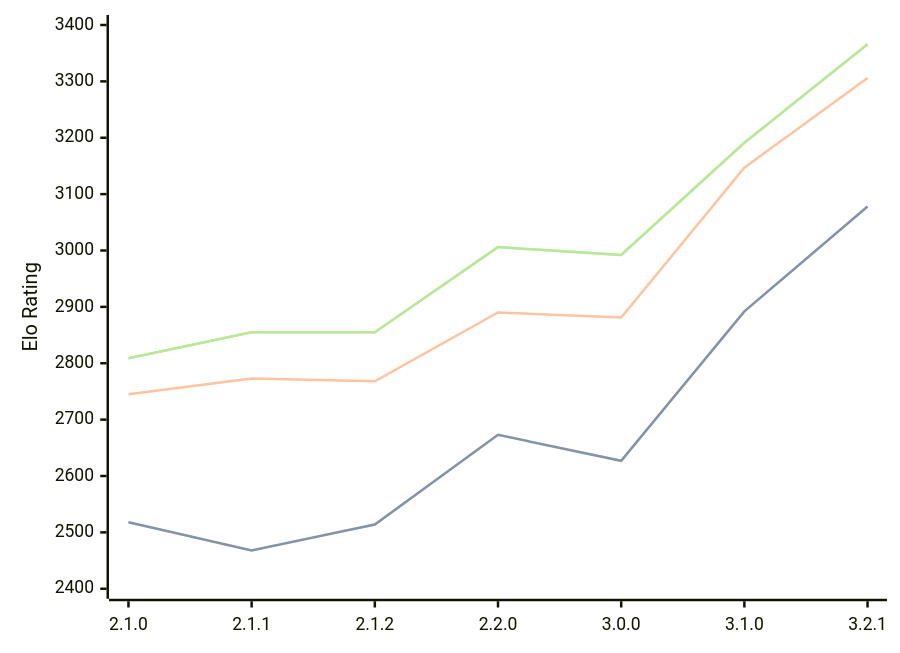
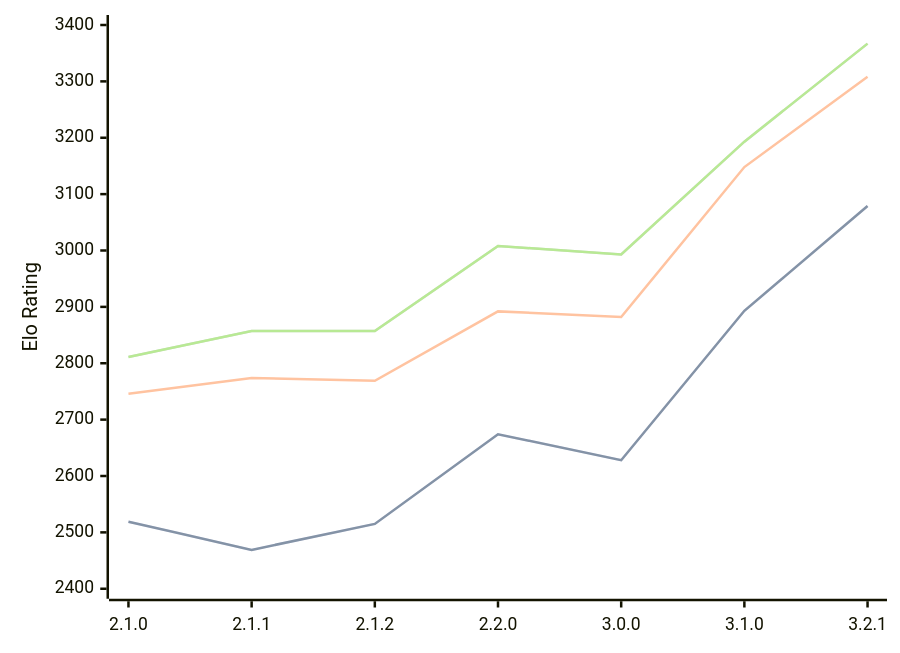
One commit to computer-chess-index/cci changed the diagram in engines/Prune.md. Above: the diagram before and after it, drawn with Mermaid. The commit also changed other lines of this file, not shown here.

Commit message:
Update CCI Ratings (ELO VLTC) - 2026-06-11

````diff
--- a/engines/Prune.md
+++ b/engines/Prune.md
@@ -42,11 +42,11 @@
 ```mermaid
 %%{init: {"theme":"base","themeVariables":{"seriesColors:['#a3a3a3','#222221','#faa371']}}}%%
 xychart-beta
   x-axis ["2.1.0", "2.1.1", "2.1.2", "2.2.0", "3.0.0", "3.1.0", "3.2.1"]
   y-axis "Elo Rating" 2400 --> 3400
-  line "STC (8.0+0.08s)" [2518, 2468, 2514, 2673, 2627, 2892, 3078]
-  line "STC (8.0+0.08s)" [2518, 2468, 2514, 2673, 2627, 2892, 3078]
-  line "LTC (60.0+0.60s)" [2745, 2773, 2768, 2890, 2881, 3147, 3306]
-  line "VLTC (2m24s+1.12s)" [2809, 2855, 2855, 3006, 2992, 3191, 3366]
-  line "VLTC (2m24s+1.12s)" [2809, 2855, 2855, 3006, 2992, 3191, 3366]
+  line "STC (8.0+0.08s)" [2519, 2469, 2515, 2674, 2628, 2893, 3079]
+  line "STC (8.0+0.08s)" [2519, 2469, 2515, 2674, 2628, 2893, 3079]
+  line "LTC (60.0+0.60s)" [2746, 2774, 2769, 2892, 2882, 3148, 3308]
+  line "VLTC (2m24s+1.12s)" [2811, 2857, 2857, 3008, 2993, 3193, 3367]
+  line "VLTC (2m24s+1.12s)" [2811, 2857, 2857, 3008, 2993, 3193, 3367]
 ```
````
